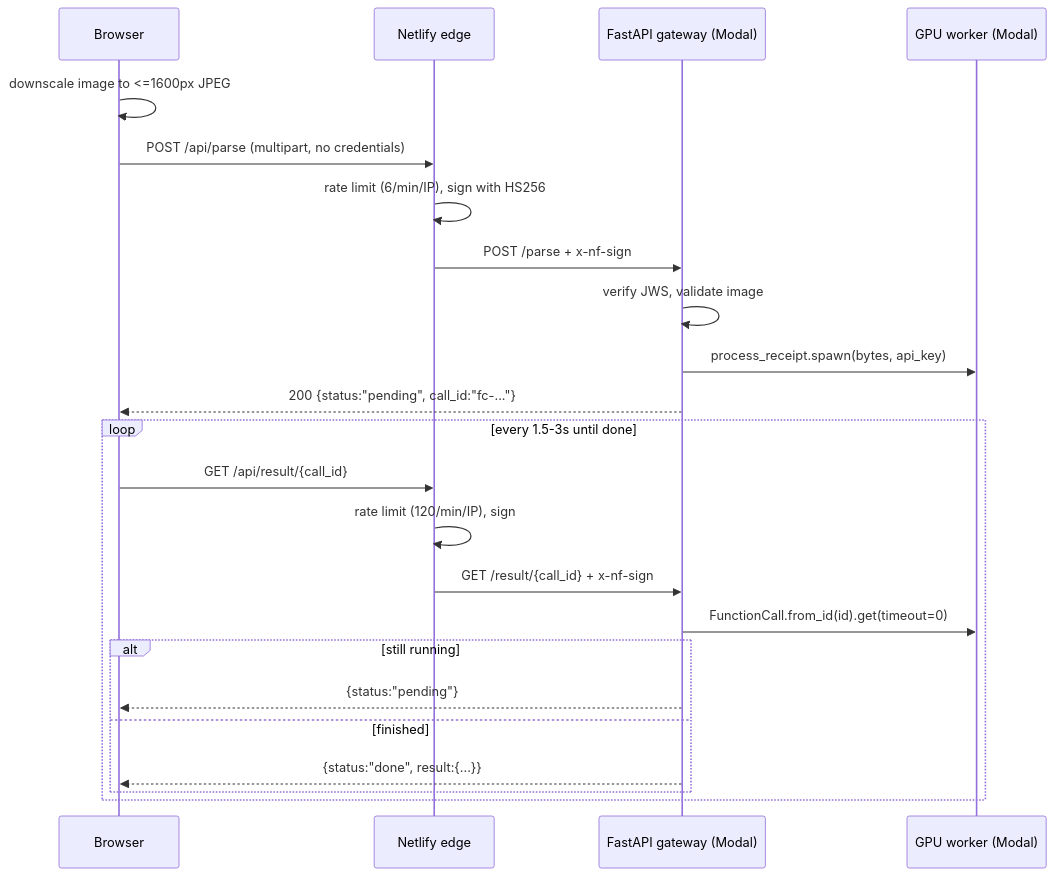
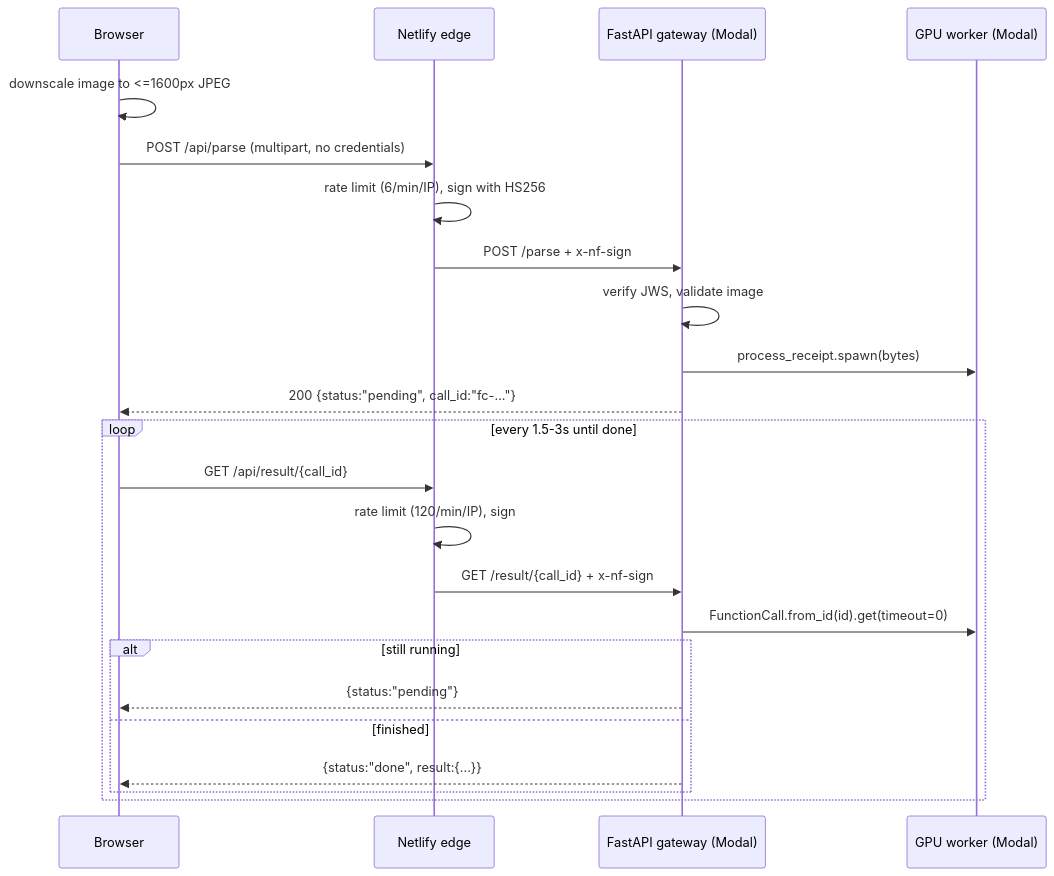
The diagram in ARCHITECTURE.md (yangalex1081/receipt_parser), drawn with Mermaid before and after one commit. The commit also changed other lines of this file and 6 other files, not shown here.

````diff
--- a/ARCHITECTURE.md
+++ b/ARCHITECTURE.md
@@ -57,27 +57,27 @@
 ```mermaid
 sequenceDiagram
     participant B as Browser
     participant N as Netlify edge
     participant G as FastAPI gateway (Modal)
     participant W as GPU worker (Modal)
 
     B->>B: downscale image to <=1600px JPEG
     B->>N: POST /api/parse (multipart, no credentials)
     N->>N: rate limit (6/min/IP), sign with HS256
     N->>G: POST /parse + x-nf-sign
     G->>G: verify JWS, validate image
-    G->>W: process_receipt.spawn(bytes, api_key)
+    G->>W: process_receipt.spawn(bytes)
     G-->>B: 200 {status:"pending", call_id:"fc-..."}
 
     loop every 1.5-3s until done
         B->>N: GET /api/result/{call_id}
         N->>N: rate limit (120/min/IP), sign
         N->>G: GET /result/{call_id} + x-nf-sign
         G->>W: FunctionCall.from_id(id).get(timeout=0)
         alt still running
             G-->>B: {status:"pending"}
         else finished
             G-->>B: {status:"done", result:{...}}
         end
     end
 ```
````
